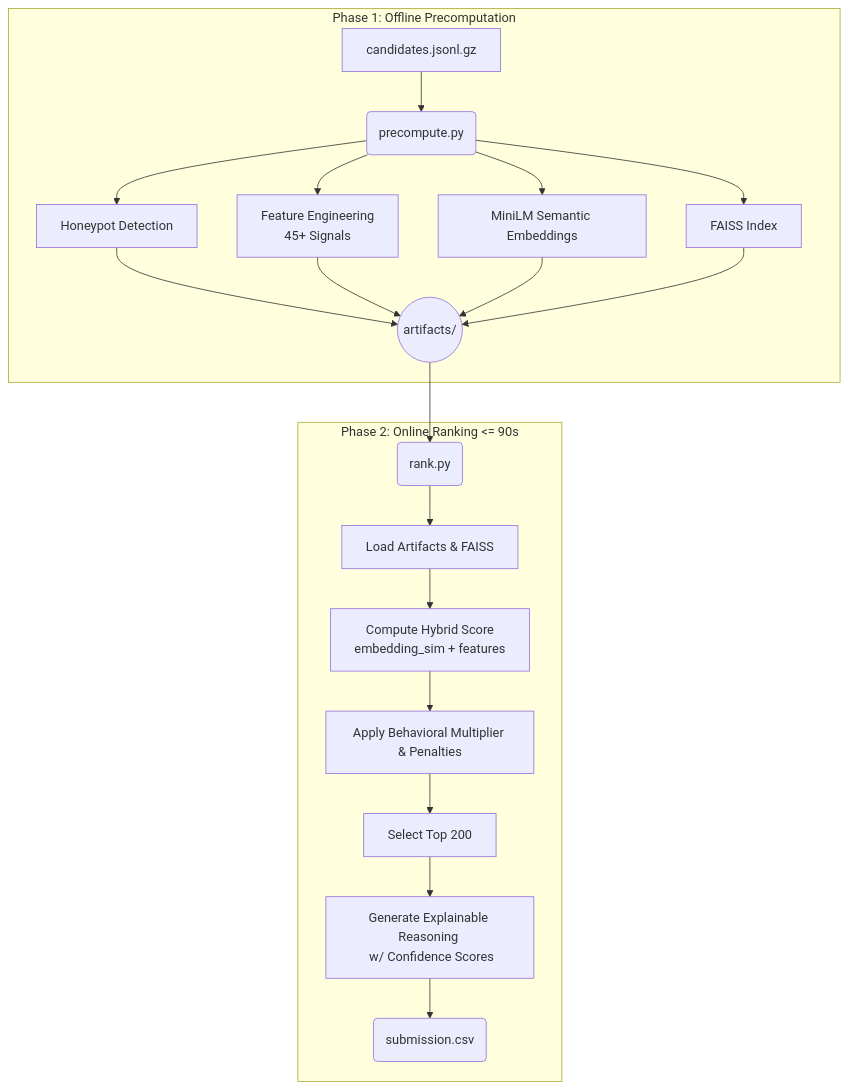
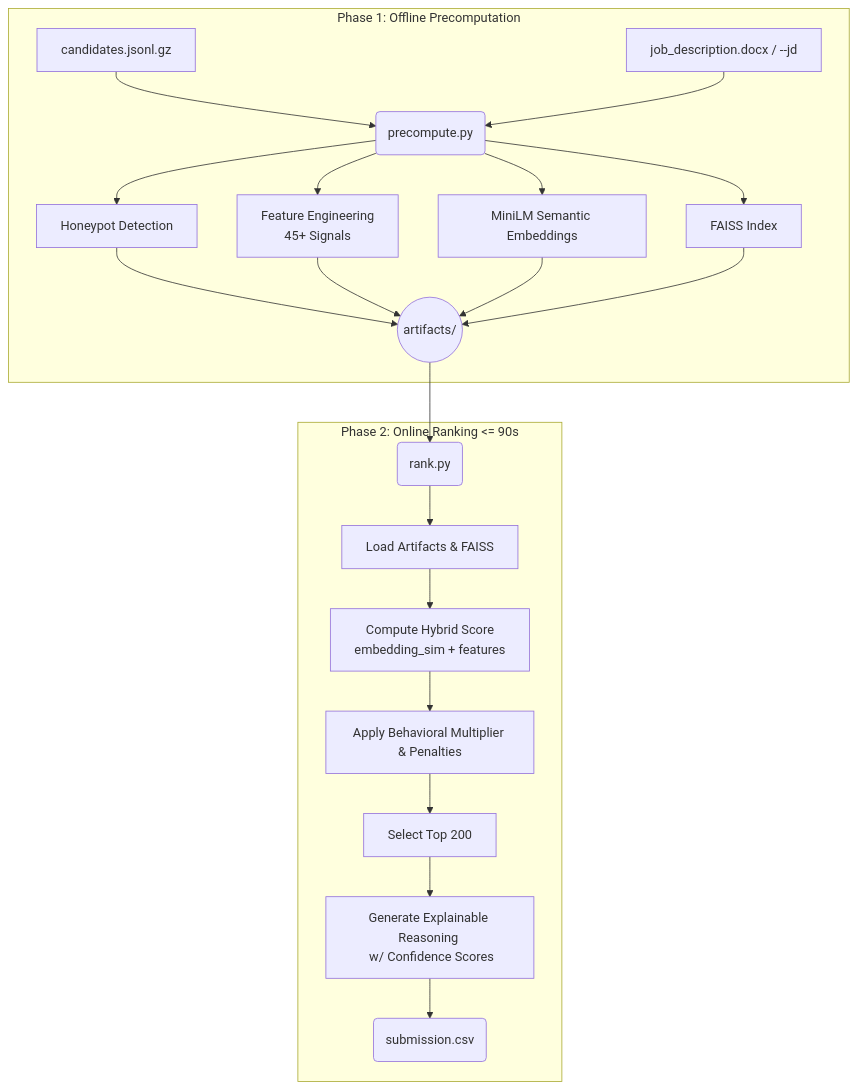
One commit to palkaneria/CARA changed the diagram in README.md. Above: the diagram before and after it, drawn with Mermaid. The commit also changed other lines of this file and 6 other files, not shown here.

````diff
--- a/README.md
+++ b/README.md
@@ -13,24 +13,25 @@
 ```mermaid
 graph TD
     subgraph Offline [Phase 1: Offline Precomputation]
         A[candidates.jsonl.gz] --> B(precompute.py)
+        JD[job_description.docx / --jd] --> B
         B --> C[Honeypot Detection]
         B --> D[Feature Engineering <br> 45+ Signals]
         B --> E[MiniLM Semantic Embeddings]
         B --> F[FAISS Index]
         C --> G((artifacts/))
         D --> G
         E --> G
         F --> G
     end
 
     subgraph Online [Phase 2: Online Ranking <= 90s]
         G --> H(rank.py)
         H --> I[Load Artifacts & FAISS]
         I --> J[Compute Hybrid Score <br> embedding_sim + features]
         J --> K[Apply Behavioral Multiplier & Penalties]
         K --> L[Select Top 200]
         L --> M[Generate Explainable Reasoning <br> w/ Confidence Scores]
         M --> N(submission.csv)
     end
 ```
````
